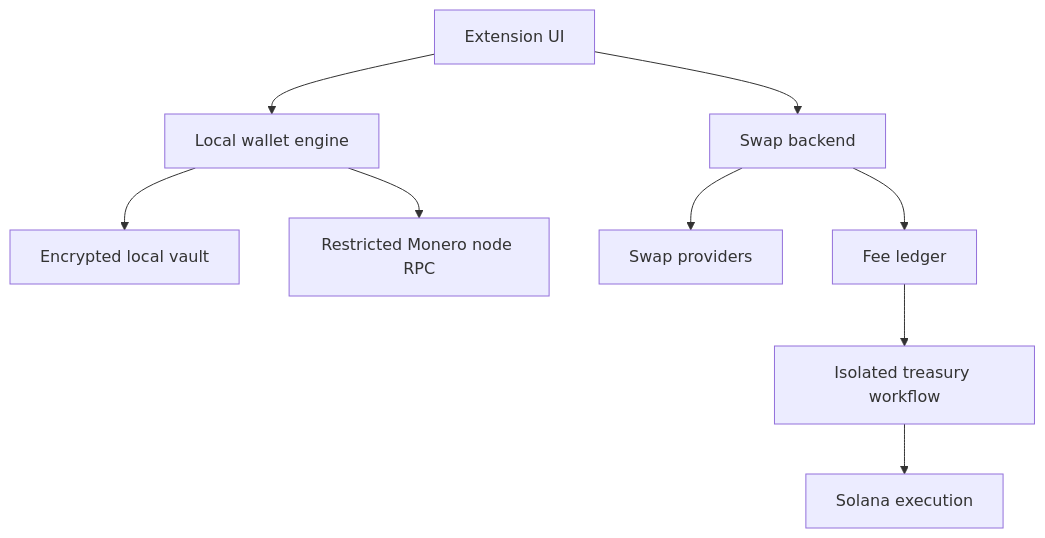
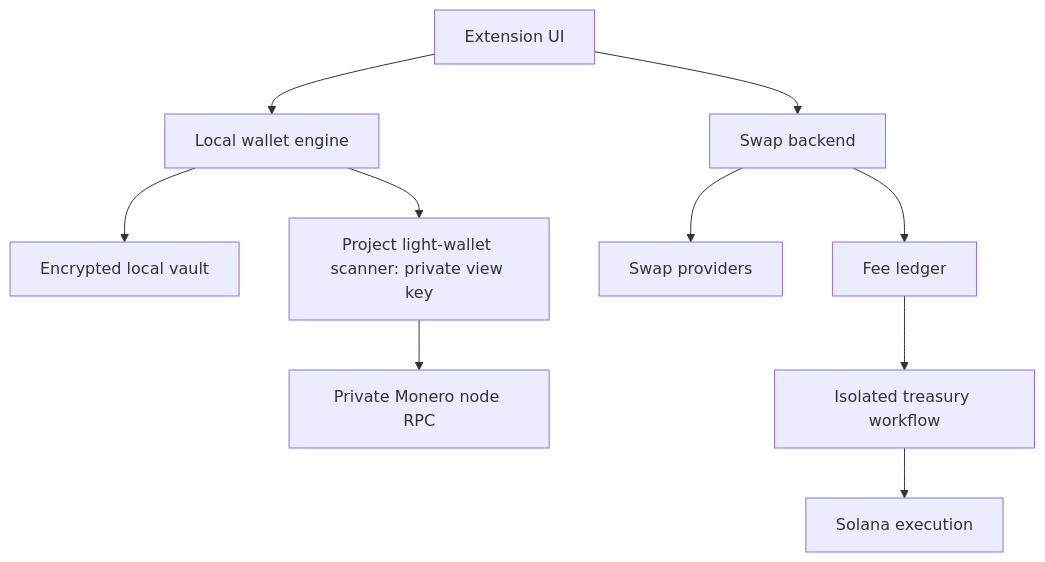
One commit to Oshael/Monero-Wallet changed the diagram in MONERO_WALLET_PROJECT_PLAN.md. Above: the diagram before and after it, drawn with Mermaid. The commit also changed other lines of this file and 4 other files, not shown here.

Commit message:
Record approved light-wallet direction and integration decisions

````diff
--- a/MONERO_WALLET_PROJECT_PLAN.md
+++ b/MONERO_WALLET_PROJECT_PLAN.md
@@ -78,11 +98,12 @@
 ```mermaid
 flowchart TD
   U["Extension UI"] --> E["Local wallet engine"]
   E --> V["Encrypted local vault"]
-  E --> N["Restricted Monero node RPC"]
+  E --> W["Project light-wallet scanner: private view key"]
+  W --> N["Private Monero node RPC"]
   U --> B["Swap backend"]
   B --> P["Swap providers"]
   B --> L["Fee ledger"]
   L --> T["Isolated treasury workflow"]
   T --> S["Solana execution"]
 ```
````
